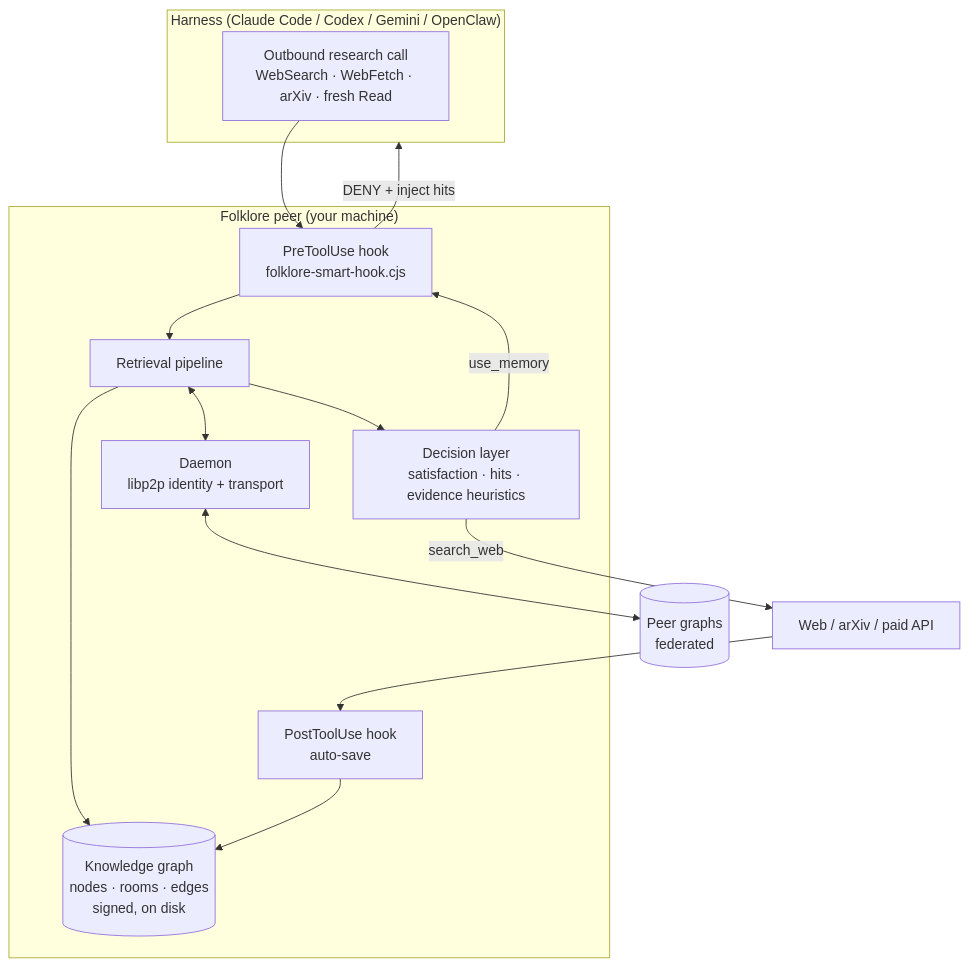
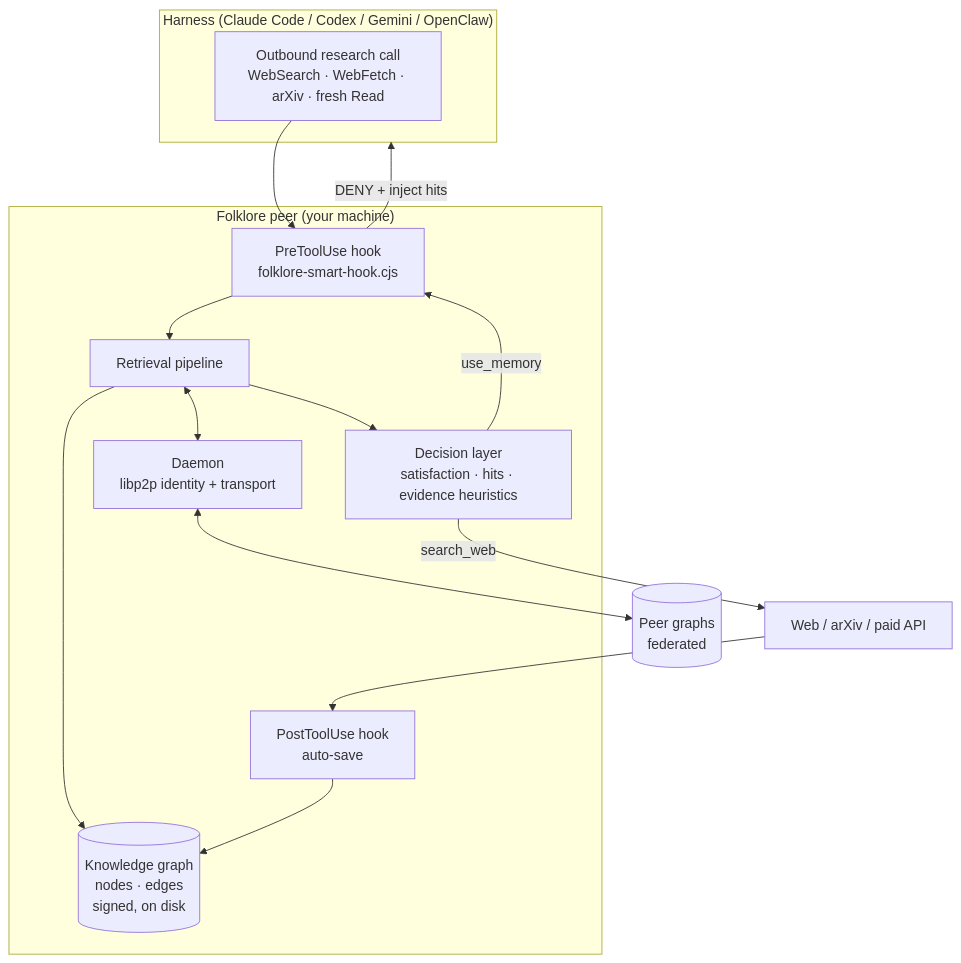
One commit to usefolklore/folklore changed the first of 3 diagrams in docs/ARCHITECTURE.md. Above: the diagram before and after it, drawn with Mermaid. The commit also changed other lines of this file and 83 other files, not shown here.

````diff
--- a/docs/ARCHITECTURE.md
+++ b/docs/ARCHITECTURE.md
@@ -7,27 +7,27 @@
 ```mermaid
 flowchart TB
   subgraph harness["Harness (Claude Code / Codex / Gemini / OpenClaw)"]
     TC["Outbound research call<br/>WebSearch · WebFetch · arXiv · fresh Read"]
   end
 
   subgraph node["Folklore peer (your machine)"]
     PRE["PreToolUse hook<br/>folklore-smart-hook.cjs"]
     DEC["Decision layer<br/>satisfaction · hits · evidence heuristics"]
     RET["Retrieval pipeline"]
-    GRAPH[("Knowledge graph<br/>nodes · rooms · edges<br/>signed, on disk")]
+    GRAPH[("Knowledge graph<br/>nodes · edges<br/>signed, on disk")]
     POST["PostToolUse hook<br/>auto-save"]
     DAEMON["Daemon<br/>libp2p identity + transport"]
   end
 
   WEB["Web / arXiv / paid API"]
   PEERS[("Peer graphs<br/>federated")]
 
   TC --> PRE --> RET --> GRAPH
   RET --> DEC
   DEC -- "use_memory" --> PRE
   PRE -- "DENY + inject hits" --> harness
   DEC -- "search_web" --> WEB
   WEB --> POST --> GRAPH
   DAEMON <--> PEERS
   RET <--> DAEMON
 ```
````
